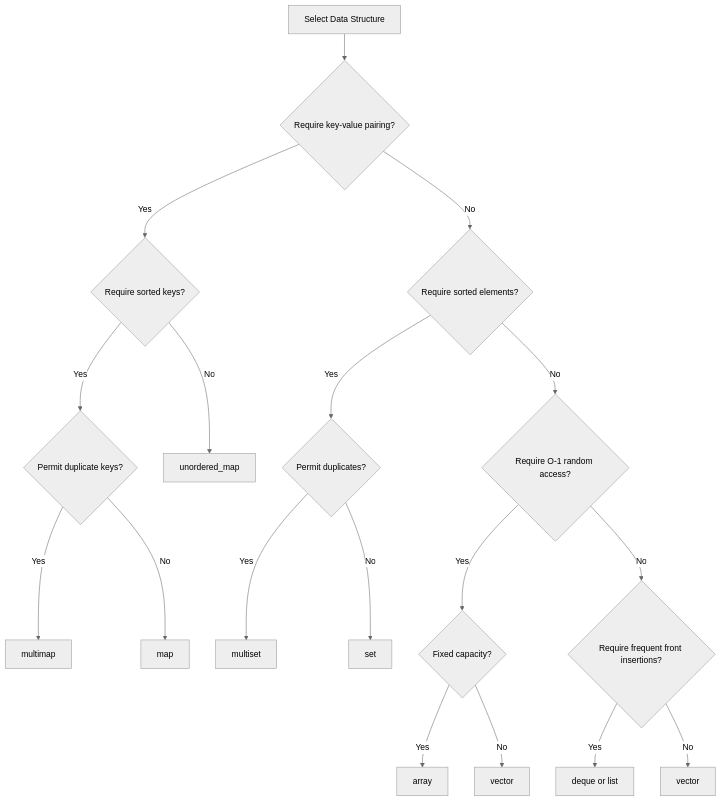
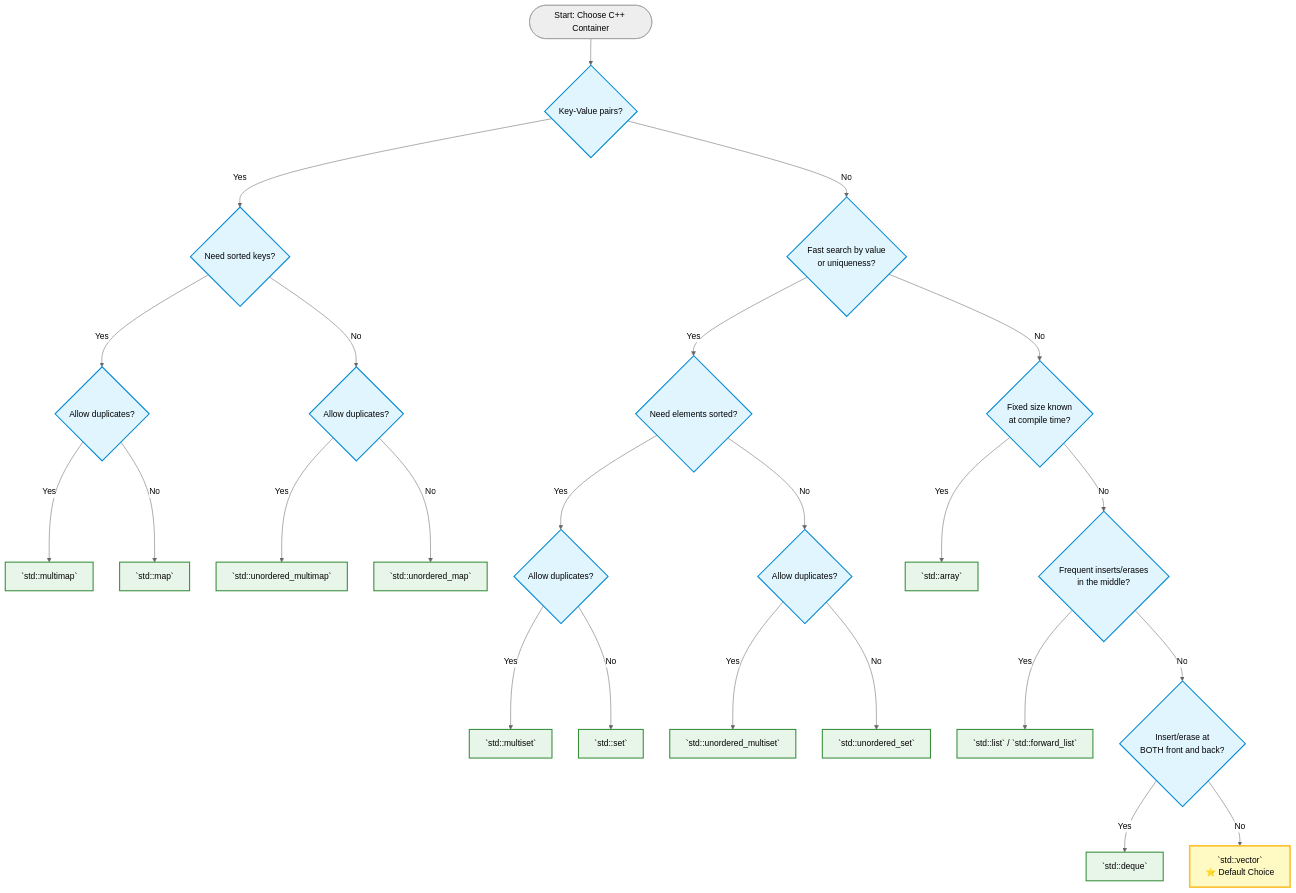
One commit to AhmedEssamYassin/Standard-Template-Library-STL-in-Cpp changed the diagram in README.md. Above: the diagram before and after it, drawn with Mermaid (neutral theme). The commit also changed other lines of this file, not shown here.

````diff
--- a/README.md
+++ b/README.md
@@ -85,20 +84,47 @@
 ```mermaid
-graph TD
- A[Select Data Structure] --> B{Require key-value pairing?}
- B -->|Yes| C{Require sorted keys?}
- B -->|No| D{Require sorted elements?}
- C -->|Yes| E{Permit duplicate keys?}
- C -->|No| F[unordered_map]
- E -->|Yes| G[multimap]
- E -->|No| H[map]
- D -->|Yes| I{Permit duplicates?}
- D -->|No| J{Require O-1 random access?}
- I -->|Yes| K[multiset]
- I -->|No| L[set]
- J -->|Yes| M{Fixed capacity?}
- J -->|No| N{Require frequent front insertions?}
- M -->|Yes| O[array]
- M -->|No| P[vector]
- N -->|Yes| Q[deque or list]
- N -->|No| R[vector]
+flowchart TD
+    Start([Start: Choose C++ Container]) --> Type{Key-Value pairs?}
+
+    %% Associative Containers (Maps)
+    Type -->|Yes| MapOrdered{Need sorted keys?}
+    MapOrdered -->|Yes| MapDups{Allow duplicates?}
+    MapDups -->|Yes| multimap[`std::multimap`]
+    MapDups -->|No| map[`std::map`]
+    
+    MapOrdered -->|No| UMapDups{Allow duplicates?}
+    UMapDups -->|Yes| umultimap[`std::unordered_multimap`]
+    UMapDups -->|No| umap[`std::unordered_map`]
+
+    %% Sequence & Set Containers
+    Type -->|No| Search{Fast search by value <br/>or uniqueness?}
+
+    %% Sets
+    Search -->|Yes| SetOrdered{Need elements sorted?}
+    SetOrdered -->|Yes| SetDups{Allow duplicates?}
+    SetDups -->|Yes| multiset[`std::multiset`]
+    SetDups -->|No| set[`std::set`]
+    
+    SetOrdered -->|No| USetDups{Allow duplicates?}
+    USetDups -->|Yes| umultiset[`std::unordered_multiset`]
+    USetDups -->|No| uset[`std::unordered_set`]
+
+    %% Sequences
+    Search -->|No| Fixed{Fixed size known <br/>at compile time?}
+    Fixed -->|Yes| array[`std::array`]
+    Fixed -->|No| MidInsert{Frequent inserts/erases<br/>in the middle?}
+
+    MidInsert -->|Yes| list[`std::list` / `std::forward_list`]
+    MidInsert -->|No| Ends{Insert/erase at<br/>BOTH front and back?}
+
+    Ends -->|Yes| deque[`std::deque`]
+    Ends -->|No| vector[`std::vector` <br/>⭐ Default Choice]
+
+    %% Styling (Works natively on GitHub)
+    classDef decision fill:#e1f5fe,stroke:#0288d1,stroke-width:2px,color:#000;
+    classDef result fill:#e8f5e9,stroke:#388e3c,stroke-width:2px,color:#000;
+    classDef highlight fill:#fff9c4,stroke:#fbc02d,stroke-width:3px,color:#000;
+
+    class Type,MapOrdered,MapDups,UMapDups,Search,SetOrdered,SetDups,USetDups,Fixed,MidInsert,Ends decision;
+    class multimap,map,umultimap,umap,multiset,set,umultiset,uset,array,list,deque result;
+    class vector highlight;
 ```
````
